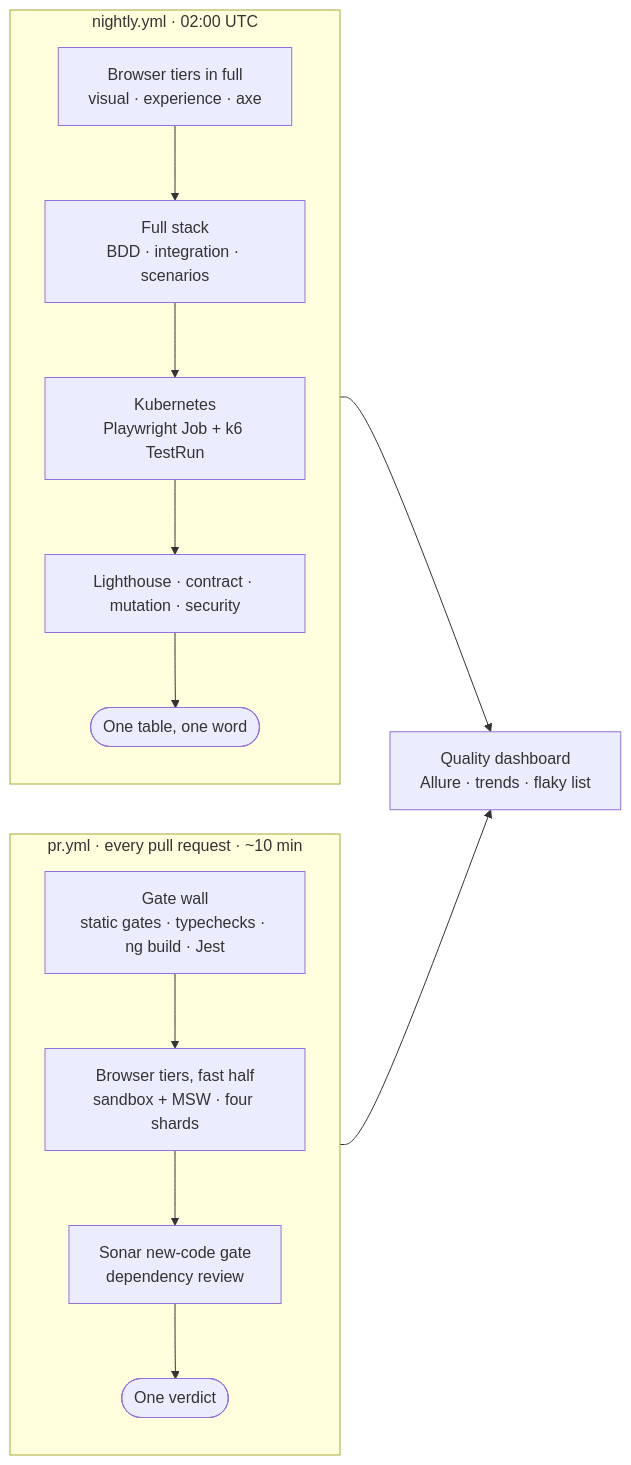
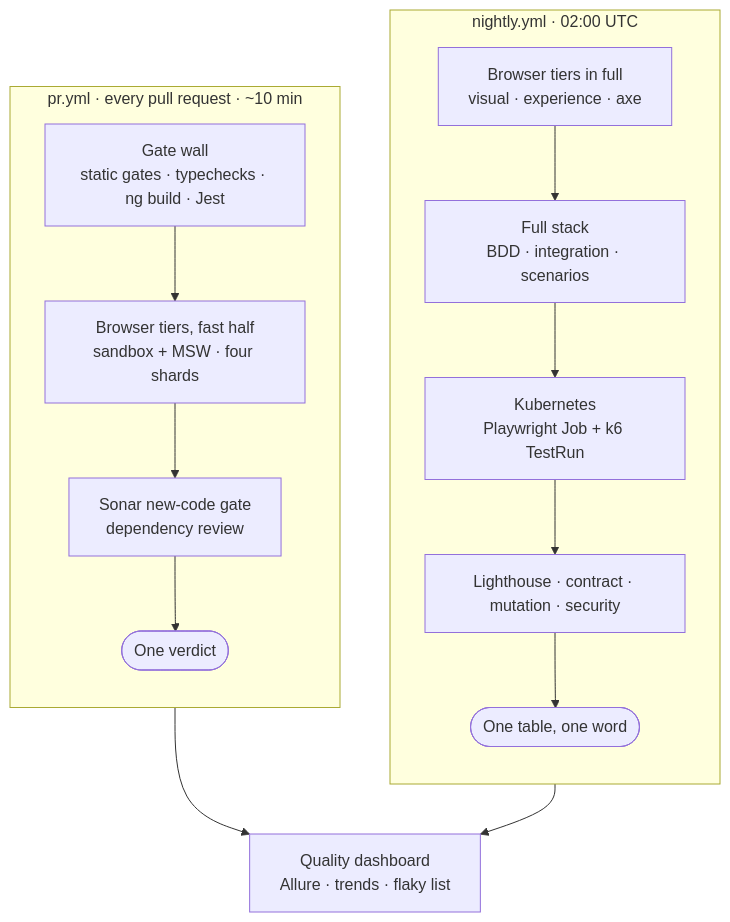
The second of 3 diagrams in docs/ENGINEERING.md (Check-It-Out-Dev/checkitout-frontend), drawn with Mermaid before and after one commit. The commit also changed other lines of this file, not shown here.

Commit message:
The contract and pipeline diagrams are drawn so their labels are readable on GitHub
Left to right, both were scaled down to a strip. The contract pipeline
is top-down; the two CI pipelines stand side by side, each drawn
downwards, linked box to box so Mermaid keeps their direction.

````diff
--- a/docs/ENGINEERING.md
+++ b/docs/ENGINEERING.md
@@ -335,18 +335,18 @@
 ```mermaid
-flowchart LR
+flowchart TB
     subgraph PR["pr.yml · every pull request · ~10 min"]
         direction TB
         W["Gate wall<br/>static gates · typechecks · ng build · Jest"] --> B1["Browser tiers, fast half<br/>sandbox + MSW · four shards"]
         B1 --> S1["Sonar new-code gate<br/>dependency review"]
         S1 --> V1(["One verdict"])
     end
     subgraph NIGHT["nightly.yml · 02:00 UTC"]
         direction TB
         B2["Browser tiers in full<br/>visual · experience · axe"] --> FS["Full stack<br/>BDD · integration · scenarios"]
         FS --> K8["Kubernetes<br/>Playwright Job + k6 TestRun"]
         K8 --> Q["Lighthouse · contract · mutation · security"]
         Q --> V2(["One table, one word"])
     end
-    V1 --> DASH["Quality dashboard<br/>Allure · trends · flaky list"]
-    V2 --> DASH
+    PR --> DASH["Quality dashboard<br/>Allure · trends · flaky list"]
+    NIGHT --> DASH
 ```
````
